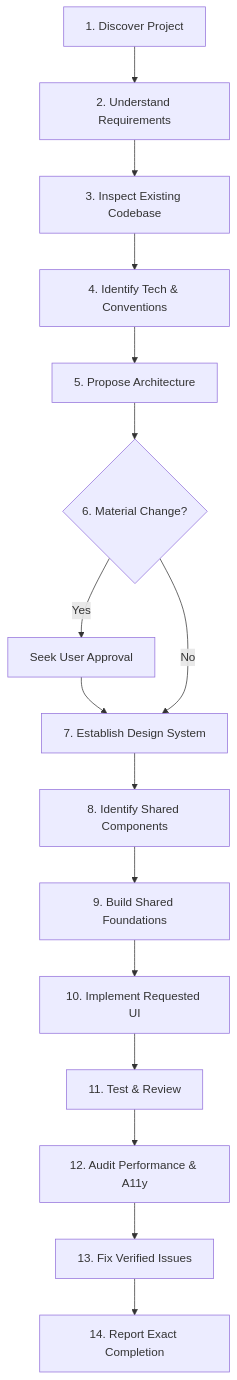
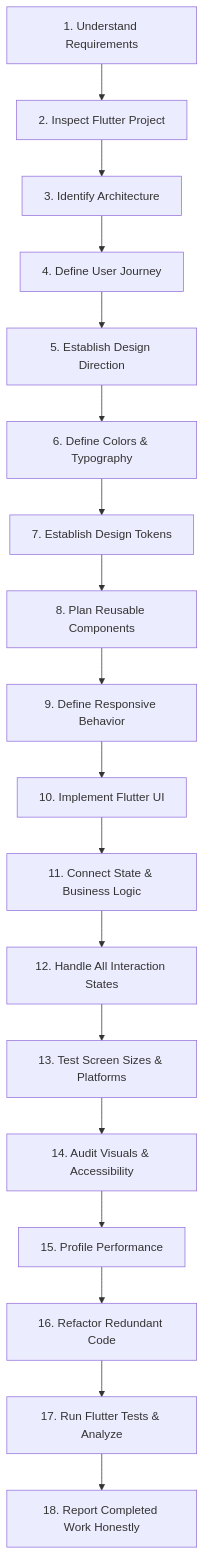
One commit to juwelzan/human-ui-engineering changed the diagram in AGENTS.md. Above: the diagram before and after it, drawn with Mermaid. The commit also changed other lines of this file and 106 other files, not shown here.

Commit message:
feat: Add comprehensive performance, platform integration, project audit, refactoring, responsive design, security, state management, testing, typography, UI design, and workflow references for Flutter development

````diff
--- a/AGENTS.md
+++ b/AGENTS.md
@@ -49,17 +165,20 @@
 ```mermaid
 flowchart TD
-    S1[1. Discover Project] --> S2[2. Understand Requirements]
-    S2 --> S3[3. Inspect Existing Codebase]
-    S3 --> S4[4. Identify Tech & Conventions]
-    S4 --> S5[5. Propose Architecture]
-    S5 --> S6{6. Material Change?}
-    S6 -- Yes --> S6A[Seek User Approval] --> S7[7. Establish Design System]
-    S6 -- No --> S7
-    S7 --> S8[8. Identify Shared Components]
-    S8 --> S9[9. Build Shared Foundations]
-    S9 --> S10[10. Implement Requested UI]
-    S10 --> S11[11. Test & Review]
-    S11 --> S12[12. Audit Performance & A11y]
-    S12 --> S13[13. Fix Verified Issues]
-    S13 --> S14[14. Report Exact Completion]
+    S1[1. Understand Requirements] --> S2[2. Inspect Flutter Project]
+    S2 --> S3[3. Identify Architecture]
+    S3 --> S4[4. Define User Journey]
+    S4 --> S5[5. Establish Design Direction]
+    S5 --> S6[6. Define Colors & Typography]
+    S6 --> S7[7. Establish Design Tokens]
+    S7 --> S8[8. Plan Reusable Components]
+    S8 --> S9[9. Define Responsive Behavior]
+    S9 --> S10[10. Implement Flutter UI]
+    S10 --> S11[11. Connect State & Business Logic]
+    S11 --> S12[12. Handle All Interaction States]
+    S12 --> S13[13. Test Screen Sizes & Platforms]
+    S13 --> S14[14. Audit Visuals & Accessibility]
+    S14 --> S15[15. Profile Performance]
+    S15 --> S16[16. Refactor Redundant Code]
+    S16 --> S17[17. Run Flutter Tests & Analyze]
+    S17 --> S18[18. Report Completed Work Honestly]
 ```
````
